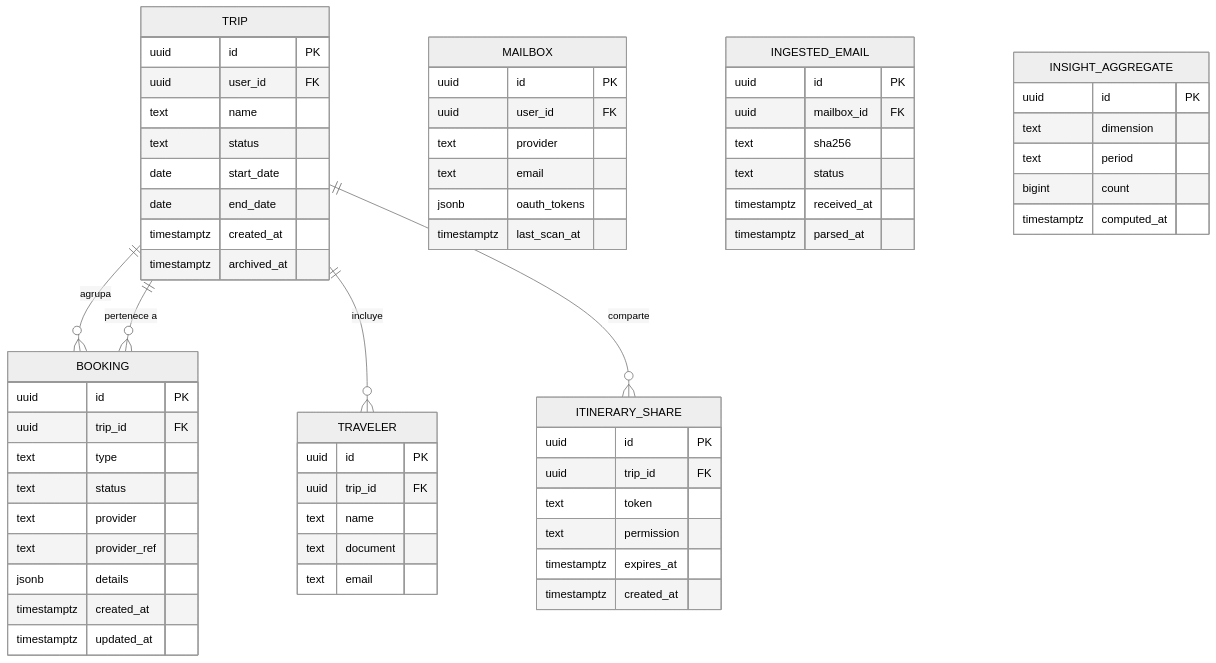
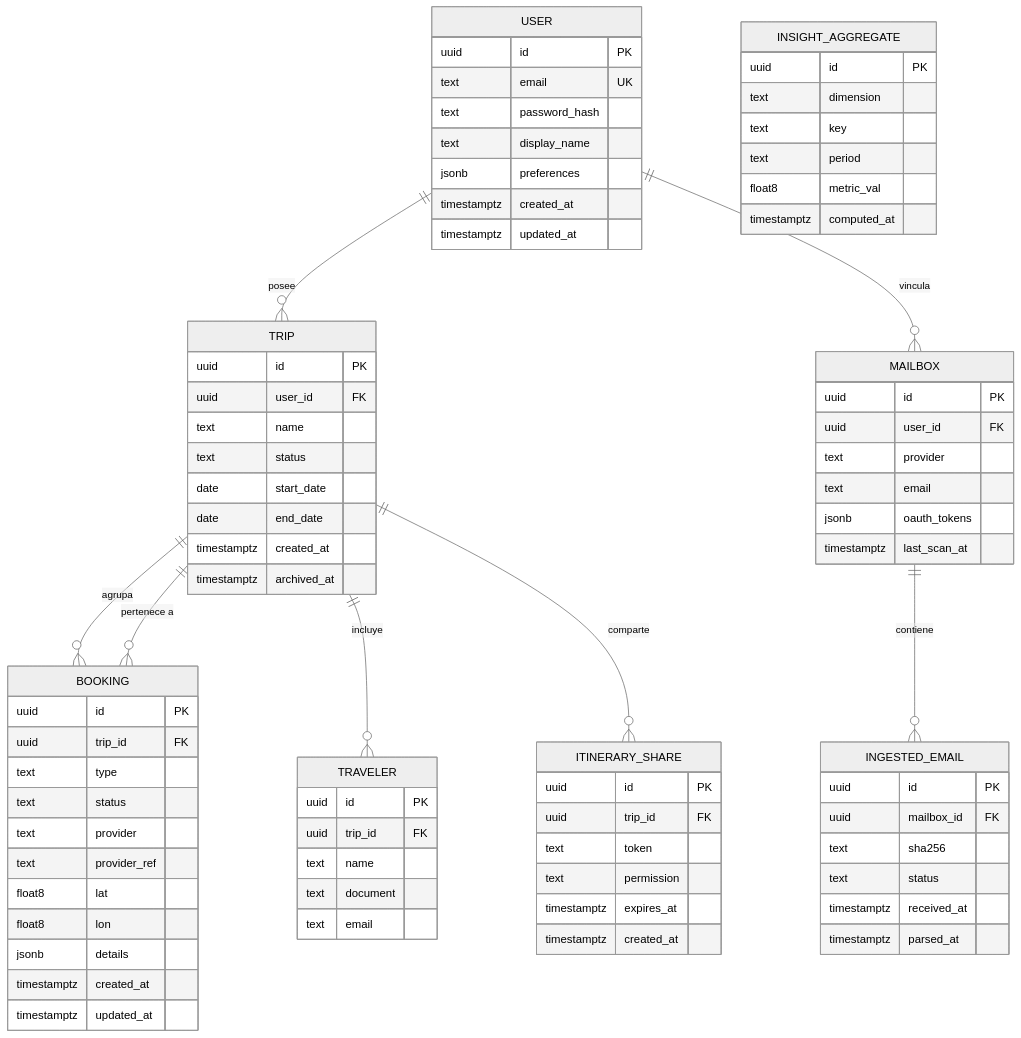
Before and after one commit to az-juan/trotamundos: the first of 2 diagrams in trinity/data/modelo-datos.md, drawn with Mermaid (neutral theme). The commit also changed other lines of this file and 25 other files, not shown here.

````diff
--- a/trinity/data/modelo-datos.md
+++ b/trinity/data/modelo-datos.md
@@ -15,67 +16,82 @@
 ```mermaid
 erDiagram
+    USER ||--o{ TRIP : "posee"
+    USER ||--o{ MAILBOX : "vincula"
     TRIP ||--o{ BOOKING : "agrupa"
     TRIP ||--o{ TRAVELER : "incluye"
     TRIP ||--o{ ITINERARY_SHARE : "comparte"
     BOOKING }o--|| TRIP : "pertenece a"
+    MAILBOX ||--o{ INGESTED_EMAIL : "contiene"
 
+    USER {
+        uuid id PK
+        text email UK
+        text password_hash
+        text display_name
+        jsonb preferences
+        timestamptz created_at
+        timestamptz updated_at
+    }
     TRIP {
         uuid id PK
         uuid user_id FK
         text name
         text status
         date start_date
         date end_date
         timestamptz created_at
         timestamptz archived_at
     }
     BOOKING {
         uuid id PK
         uuid trip_id FK
         text type
         text status
         text provider
         text provider_ref
+        float8 lat
+        float8 lon
         jsonb details
         timestamptz created_at
         timestamptz updated_at
     }
     TRAVELER {
         uuid id PK
         uuid trip_id FK
         text name
         text document
         text email
     }
     ITINERARY_SHARE {
         uuid id PK
         uuid trip_id FK
         text token
         text permission
         timestamptz expires_at
         timestamptz created_at
     }
     MAILBOX {
         uuid id PK
         uuid user_id FK
         text provider
         text email
         jsonb oauth_tokens
         timestamptz last_scan_at
     }
     INGESTED_EMAIL {
         uuid id PK
         uuid mailbox_id FK
         text sha256
         text status
         timestamptz received_at
         timestamptz parsed_at
     }
     INSIGHT_AGGREGATE {
         uuid id PK
         text dimension
+        text key
         text period
-        bigint count
+        float8 metric_val
         timestamptz computed_at
     }
 ```
````
